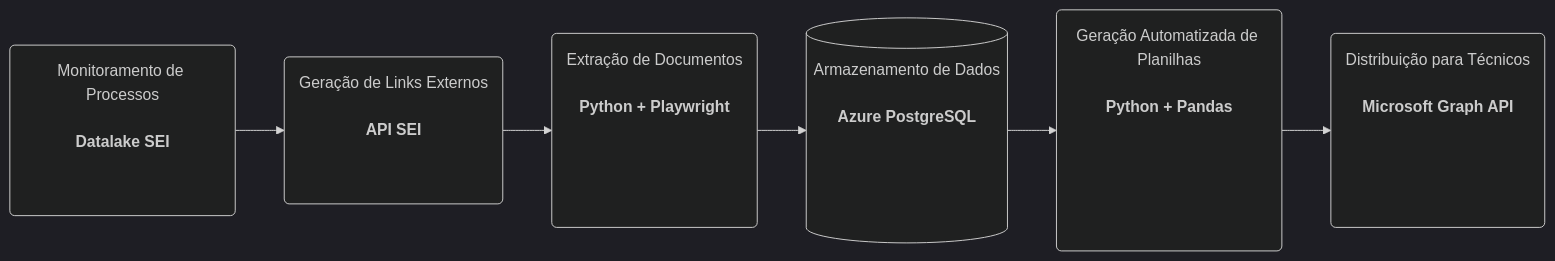
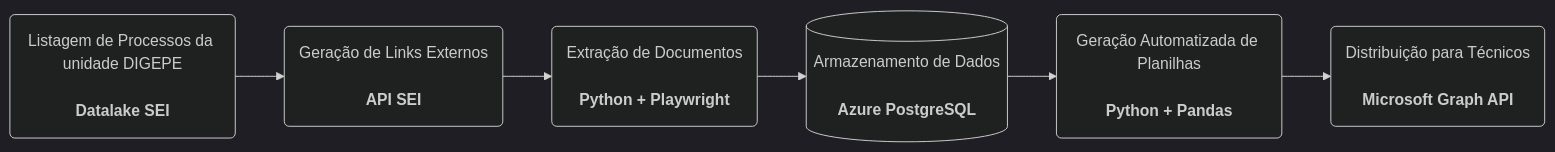
The diagram in demandas-judiciais/slides.md (fhemig-projetos/apresentacoes), drawn with Mermaid (dark theme) before and after one commit. The commit also changed other lines of this file and 1 other file, not shown here.

Commit message:
feat: finaliza alterações para apresentação para Marina (Digepe)

```diff
--- a/demandas-judiciais/slides.md
+++ b/demandas-judiciais/slides.md
@@ -29,8 +33,8 @@
 <div class="mermaid">
 flowchart LR
-    A(Monitoramento de Processos<br><br><strong>Datalake SEI</strong><br><br><br>) --> B(Geração de Links Externos<br><br><strong>API SEI</strong><br><br><br>)
-    B --> C(Extração de Documentos<br><br><strong>Python + Playwright</strong><br><br><br><br><br>)
-    C --> D[(Armazenamento de Dados<br><br><strong>Azure PostgreSQL</strong><br><br><br><br><br>)]
-    D --> E(Geração Automatizada de Planilhas<br><br><strong>Python + Pandas</strong><br><br><br><br><br><br>)
-    E --> F(Distribuição para Técnicos<br><br><strong>Microsoft Graph API</strong><br><br><br><br><br>)
+    A(Listagem de Processos da unidade DIGEPE<br><br><strong>Datalake SEI</strong>) --> B(Geração de Links Externos<br><br><strong>API SEI</strong>)
+    B --> C(Extração de Documentos<br><br><strong>Python + Playwright</strong>)
+    C --> D[(Armazenamento de Dados<br><br><strong>Azure PostgreSQL</strong>)]
+    D --> E(Geração Automatizada de Planilhas<br><br><strong>Python + Pandas</strong>)
+    E --> F(Distribuição para Técnicos<br><br><strong>Microsoft Graph API</strong>)
 </div>
```
